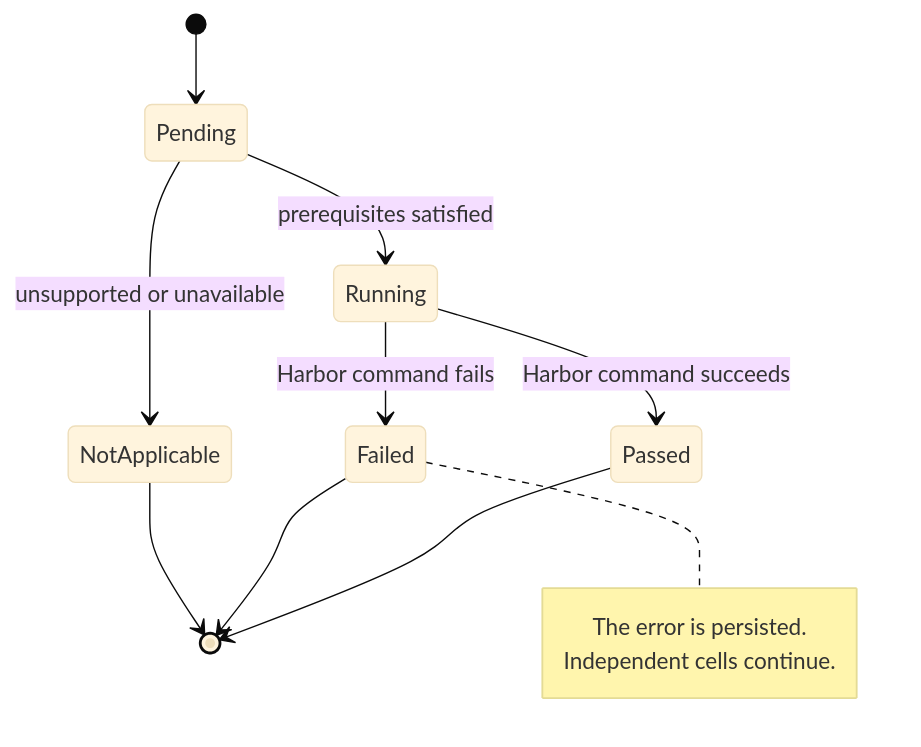
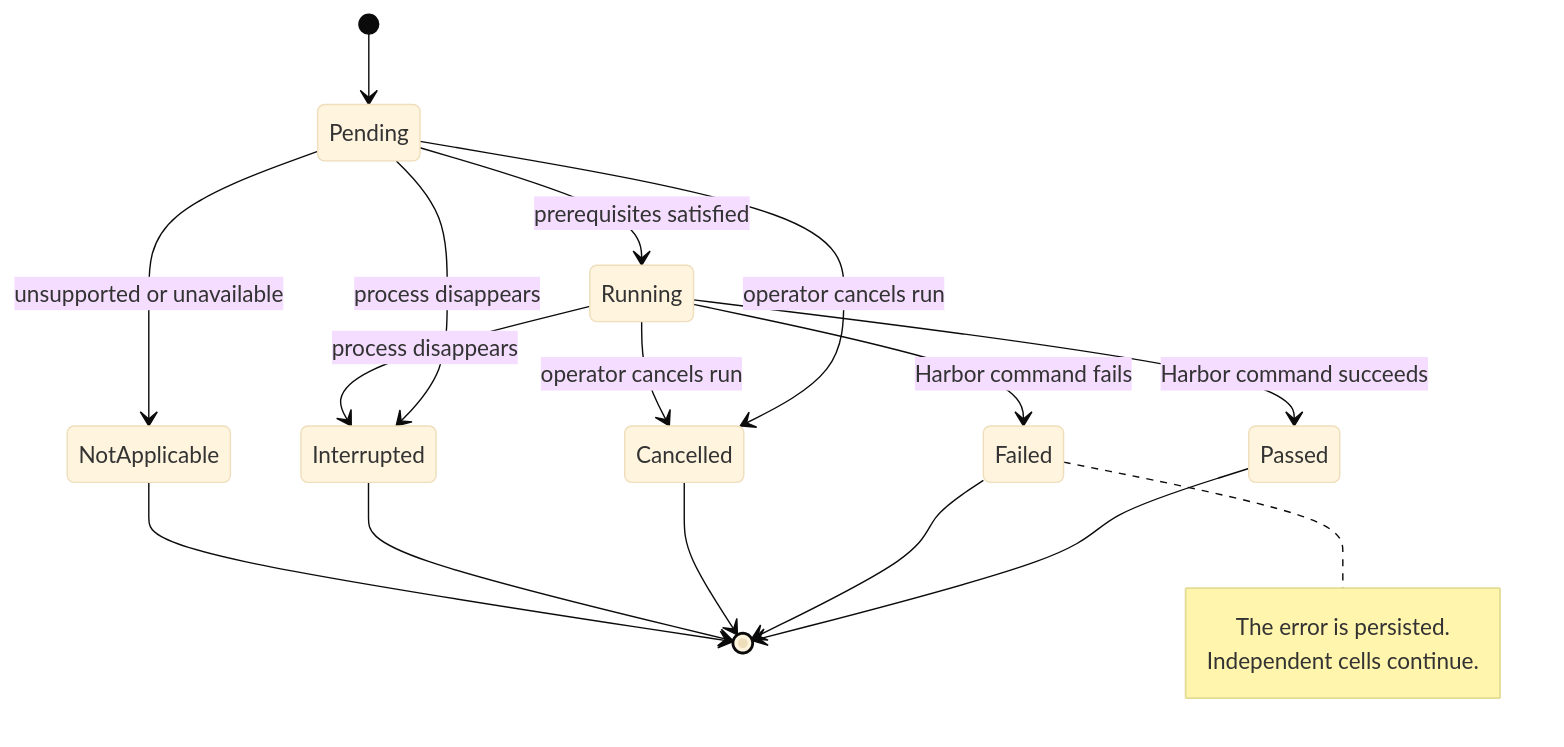
One commit to ash0ts/fugue changed the fourth of 13 diagrams in README.md. Above: the diagram before and after it, drawn with Mermaid (base theme). The commit also changed other lines of this file and 41 other files, not shown here.

````diff
--- a/README.md
+++ b/README.md
@@ -246,16 +248,22 @@
 ```mermaid
 stateDiagram-v2
     [*] --> Pending
     Pending --> Running: prerequisites satisfied
     Pending --> NotApplicable: unsupported or unavailable
     Running --> Passed: Harbor command succeeds
     Running --> Failed: Harbor command fails
+    Pending --> Cancelled: operator cancels run
+    Running --> Cancelled: operator cancels run
+    Pending --> Interrupted: process disappears
+    Running --> Interrupted: process disappears
     Passed --> [*]
     Failed --> [*]
+    Cancelled --> [*]
+    Interrupted --> [*]
     NotApplicable --> [*]
 
     note right of Failed
         The error is persisted.
         Independent cells continue.
     end note
 ```
````
